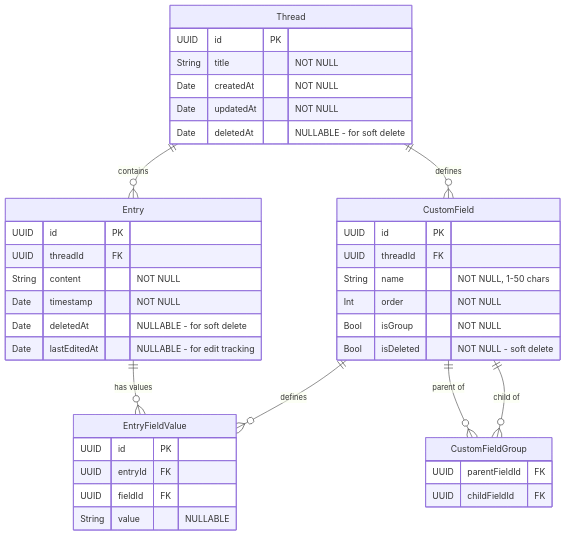
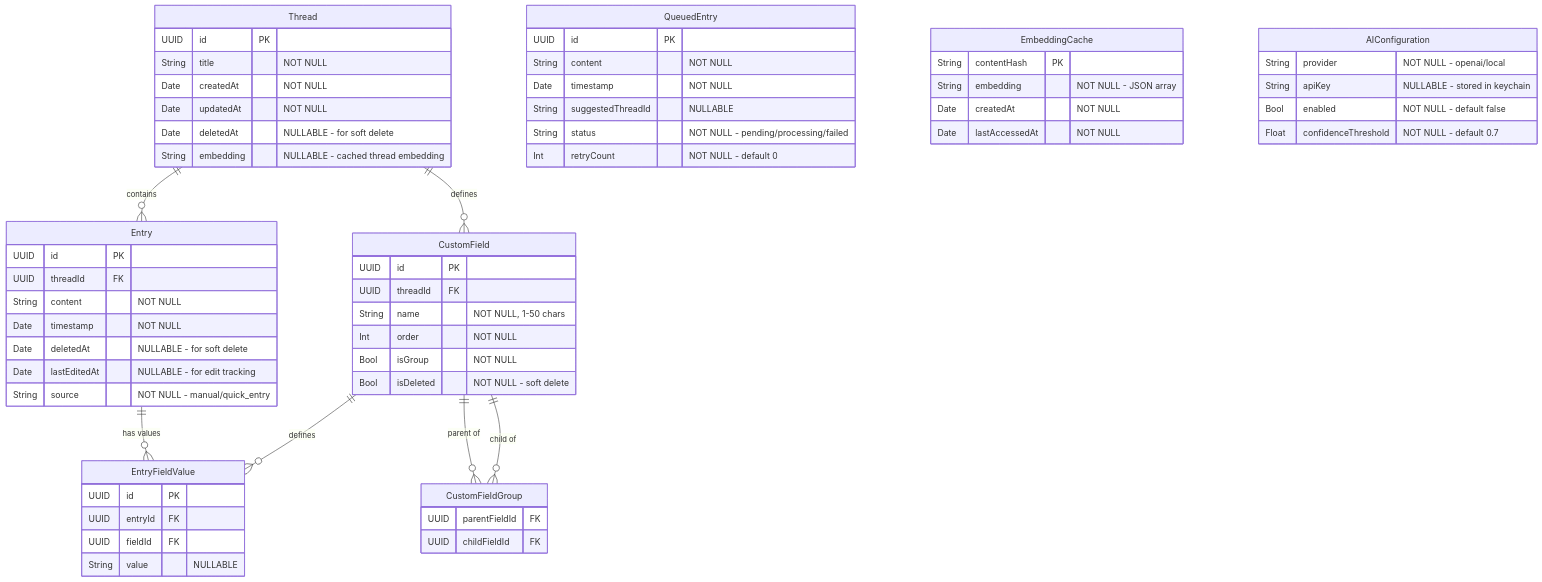
The second of 14 diagrams in Engineering/Technical-Implementation-Plan.md (ericzhou129/ThreadJournal2), drawn with Mermaid before and after one commit. The commit also changed other lines of this file and 14 other files, not shown here.

````diff
--- a/Engineering/Technical-Implementation-Plan.md
+++ b/Engineering/Technical-Implementation-Plan.md
@@ -65,47 +108,72 @@
 ```mermaid
 erDiagram
     Thread {
         UUID id PK
         String title "NOT NULL"
         Date createdAt "NOT NULL"
         Date updatedAt "NOT NULL"
         Date deletedAt "NULLABLE - for soft delete"
+        String embedding "NULLABLE - cached thread embedding"
     }
     
     Entry {
         UUID id PK
         UUID threadId FK
         String content "NOT NULL"
         Date timestamp "NOT NULL"
         Date deletedAt "NULLABLE - for soft delete"
         Date lastEditedAt "NULLABLE - for edit tracking"
+        String source "NOT NULL - manual/quick_entry"
     }
     
     CustomField {
         UUID id PK
         UUID threadId FK
         String name "NOT NULL, 1-50 chars"
         Int order "NOT NULL"
         Bool isGroup "NOT NULL"
         Bool isDeleted "NOT NULL - soft delete"
     }
     
     CustomFieldGroup {
         UUID parentFieldId FK
         UUID childFieldId FK
     }
     
     EntryFieldValue {
         UUID id PK
         UUID entryId FK
         UUID fieldId FK
         String value "NULLABLE"
     }
     
+    QueuedEntry {
+        UUID id PK
+        String content "NOT NULL"
+        Date timestamp "NOT NULL"
+        String suggestedThreadId "NULLABLE"
+        String status "NOT NULL - pending/processing/failed"
+        Int retryCount "NOT NULL - default 0"
+    }
+    
+    EmbeddingCache {
+        String contentHash PK
+        String embedding "NOT NULL - JSON array"
+        Date createdAt "NOT NULL"
+        Date lastAccessedAt "NOT NULL"
+    }
+    
+    AIConfiguration {
+        String provider "NOT NULL - openai/local"
+        String apiKey "NULLABLE - stored in keychain"
+        Bool enabled "NOT NULL - default false"
+        Float confidenceThreshold "NOT NULL - default 0.7"
+    }
+    
     Thread ||--o{ Entry : contains
     Thread ||--o{ CustomField : defines
     CustomField ||--o{ CustomFieldGroup : "parent of"
     CustomField ||--o{ CustomFieldGroup : "child of"
     Entry ||--o{ EntryFieldValue : "has values"
     CustomField ||--o{ EntryFieldValue : "defines"
 ```
````
